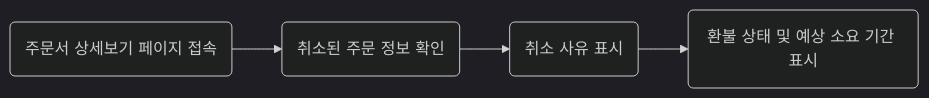
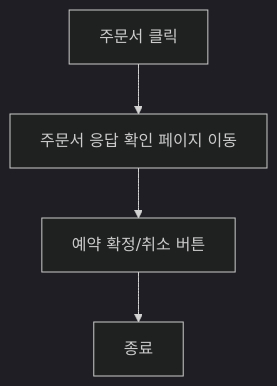
Before and after one commit to Dev-FE-3/team4-phoenix-CustomService: the second of 5 diagrams in design/기능정의서.md, drawn with Mermaid (dark theme). The commit also changed other lines of this file, not shown here.

````diff
--- a/design/기능정의서.md
+++ b/design/기능정의서.md
@@ -239,7 +32,4 @@
 ```mermaid
-flowchart LR
-A(주문서 상세보기 페이지 접속) --> B(취소된 주문 정보 확인)
-B --> C(취소 사유 표시)
-C --> D(환불 상태 및 예상 소요 기간 표시)
-
+flowchart TD;
+  A[주문서 클릭]-->B[주문서 응답 확인 페이지 이동] --> C[예약 확정/취소 버튼] --> D[종료];
 ```
````
